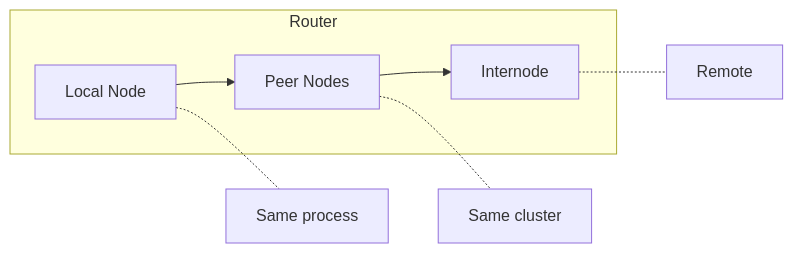
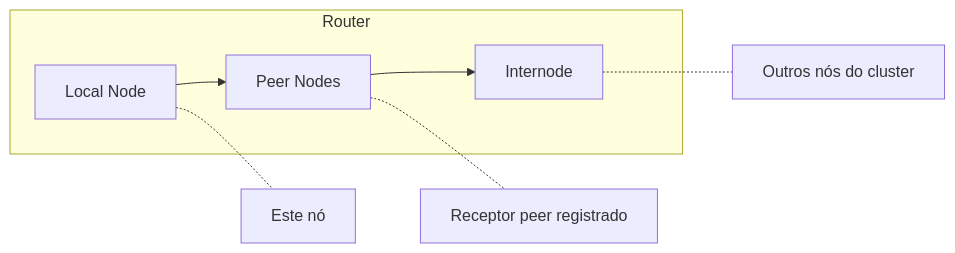
The third of 3 diagrams in pt/internals/architecture.md (wippyai/docs), drawn with Mermaid before and after one commit. The commit also changed other lines of this file and 693 other files, not shown here.

````diff
--- a/pt/internals/architecture.md
+++ b/pt/internals/architecture.md
@@ -170,11 +169,11 @@
 ```mermaid
 flowchart LR
     subgraph Router
         Local[Local Node] --> Peer[Peer Nodes]
         Peer --> Inter[Internode]
     end
 
-    Local -.- L[Same process]
-    Peer -.- P[Same cluster]
-    Inter -.- I[Remote]
+    Local -.- L[Este nó]
+    Peer -.- P[Receptor peer registrado]
+    Inter -.- I[Outros nós do cluster]
 ```
````
